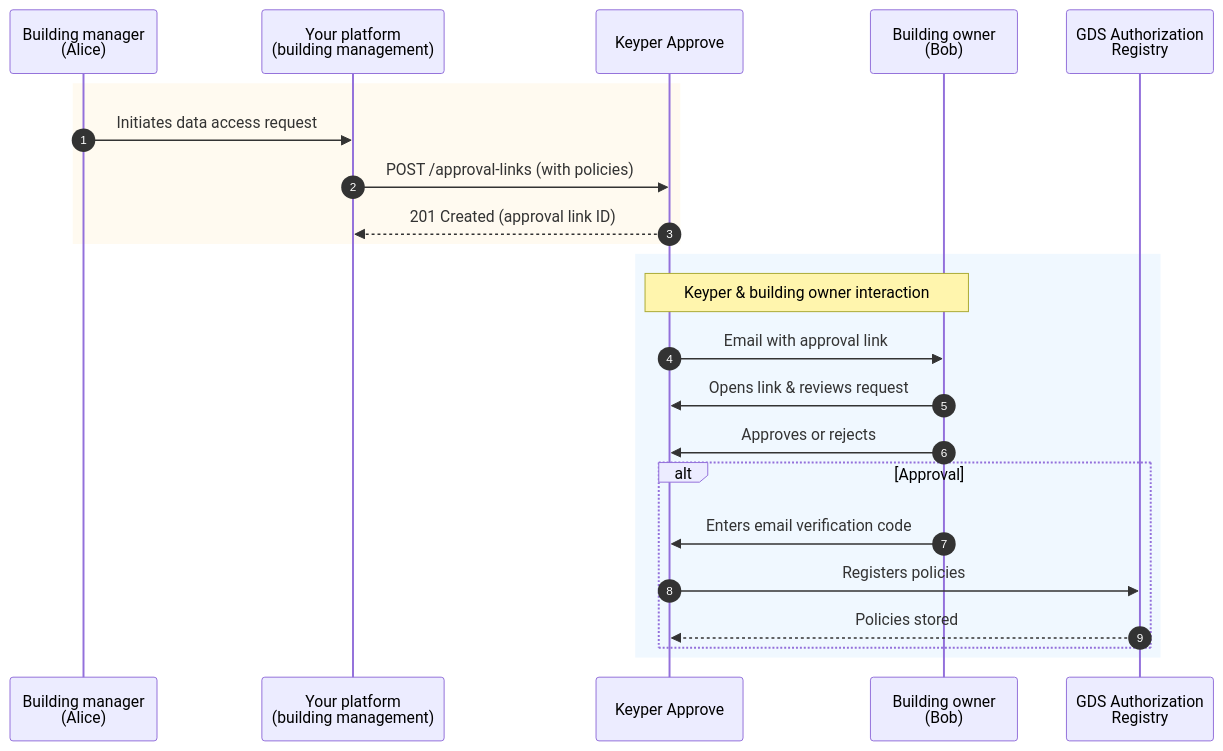
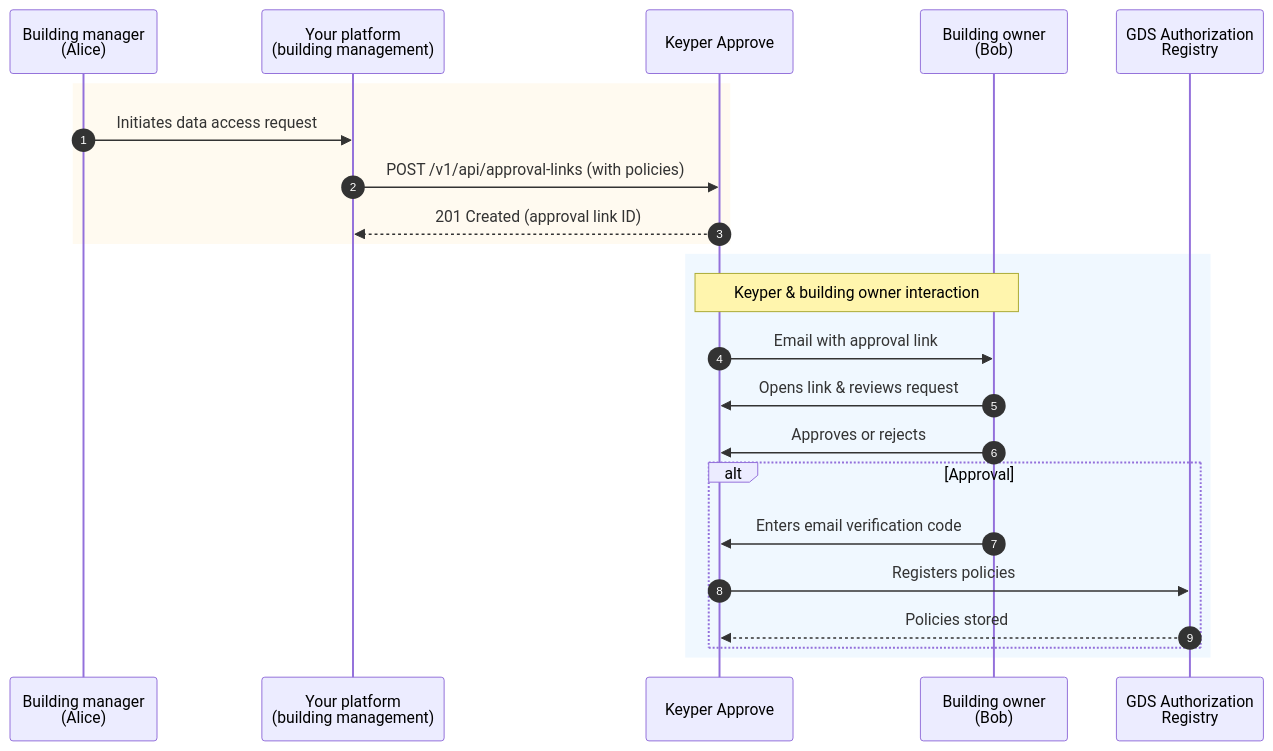
The diagram in gds-deprecated/consumer-approval-guide.md (POORT8/Poort8.Docs), drawn with Mermaid before and after one commit. The commit also changed 1 other file, not shown here.

Commit message:
Deploy gds-deprecated docs: 6ae2d6a0ff90f07d255d6c0c346363f98df6c04c

````diff
--- a/gds-deprecated/consumer-approval-guide.md
+++ b/gds-deprecated/consumer-approval-guide.md
@@ -32,27 +32,27 @@
 ```mermaid
 sequenceDiagram
     autonumber
     participant Alice as Building manager<br/>(Alice)
     participant Consumer as Your platform<br/>(building management)
     participant Keyper as Keyper Approve
     participant Owner as Building owner<br/>(Bob)
     participant Auth as GDS Authorization<br/>Registry
 
     rect rgb(255,250,240)
     Alice->>Consumer: Initiates data access request
-    Consumer->>Keyper: POST /approval-links (with policies)
+    Consumer->>Keyper: POST /v1/api/approval-links (with policies)
     Keyper-->>Consumer: 201 Created (approval link ID)
     end
 
     rect rgb(240,248,255)
     note over Keyper,Owner: Keyper & building owner interaction
     Keyper->>Owner: Email with approval link
     Owner->>Keyper: Opens link & reviews request
     Owner->>Keyper: Approves or rejects
     alt Approval
         Owner->>Keyper: Enters email verification code
         Keyper->>Auth: Registers policies
         Auth-->>Keyper: Policies stored
     end
     end
 ```
````
